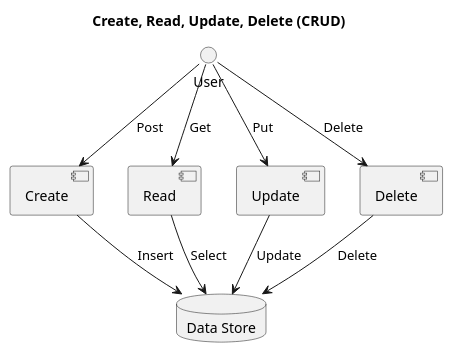
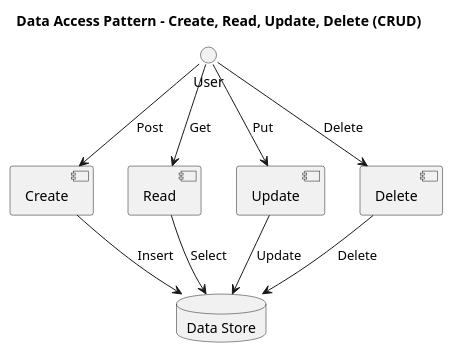
The first of 2 diagrams in ArchitecturePatterns/DataAccessPatterns.md (mwwhited-notes/shared), drawn with PlantUML before and after one commit. The commit also changed other lines of this file and 7 other files, not shown here.

Commit message:
update architectural patterns and add creational patterns

````diff
--- a/ArchitecturePatterns/DataAccessPatterns.md
+++ b/ArchitecturePatterns/DataAccessPatterns.md
@@ -5,22 +5,22 @@
 ```plantuml
-title: Create, Read, Update, Delete (CRUD)
+title: Data Access Pattern - Create, Read, Update, Delete (CRUD)
 
 ()User
 
 [Create]
 [Read]
 [Update]
 [Delete]
 
 database "Data Store" as Storage
 
 User --> Read : Get
 User --> Create : Post
 User --> Update : Put
 User --> Delete : Delete
 
 Read   --> Storage : Select
 Create --> Storage : Insert
 Update --> Storage : Update
 Delete --> Storage : Delete
 ```
````
